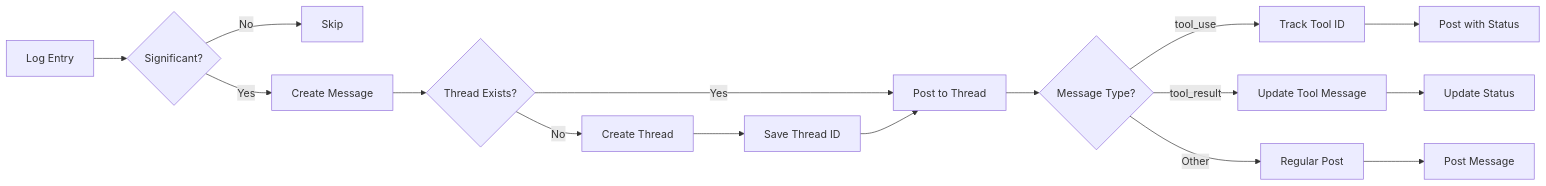
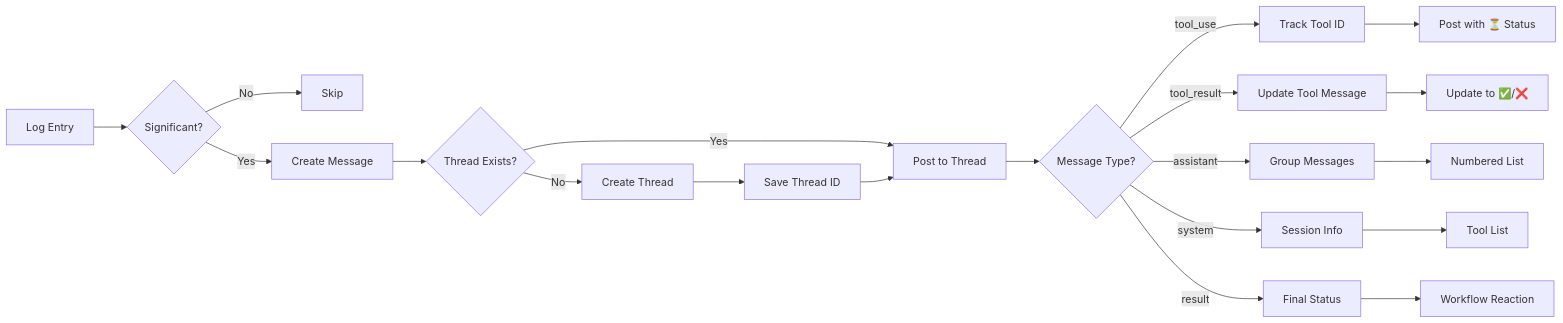
The ninth of 9 diagrams in docs/architecture.md (Hais/ccpretty), drawn with Mermaid before and after one commit. The commit also changed other lines of this file and 11 other files, not shown here.

````diff
--- a/docs/architecture.md
+++ b/docs/architecture.md
@@ -302,22 +308,26 @@
 ```mermaid
 flowchart LR
     A[Log Entry] --> B{Significant?}
     B -->|No| C[Skip]
     B -->|Yes| D[Create Message]
     
     D --> E{Thread Exists?}
     E -->|No| F[Create Thread]
     E -->|Yes| G[Post to Thread]
     
     F --> H[Save Thread ID]
     H --> G
     
     G --> I{Message Type?}
     I -->|tool_use| J[Track Tool ID]
     I -->|tool_result| K[Update Tool Message]
-    I -->|Other| L[Regular Post]
+    I -->|assistant| L[Group Messages]
+    I -->|system| M[Session Info]
+    I -->|result| N[Final Status]
     
-    J --> M[Post with Status]
-    K --> N[Update Status]
-    L --> O[Post Message]
+    J --> O[Post with ⏳ Status]
+    K --> P[Update to ✅/❌]
+    L --> Q[Numbered List]
+    M --> R[Tool List]
+    N --> S[Workflow Reaction]
 ```
````
